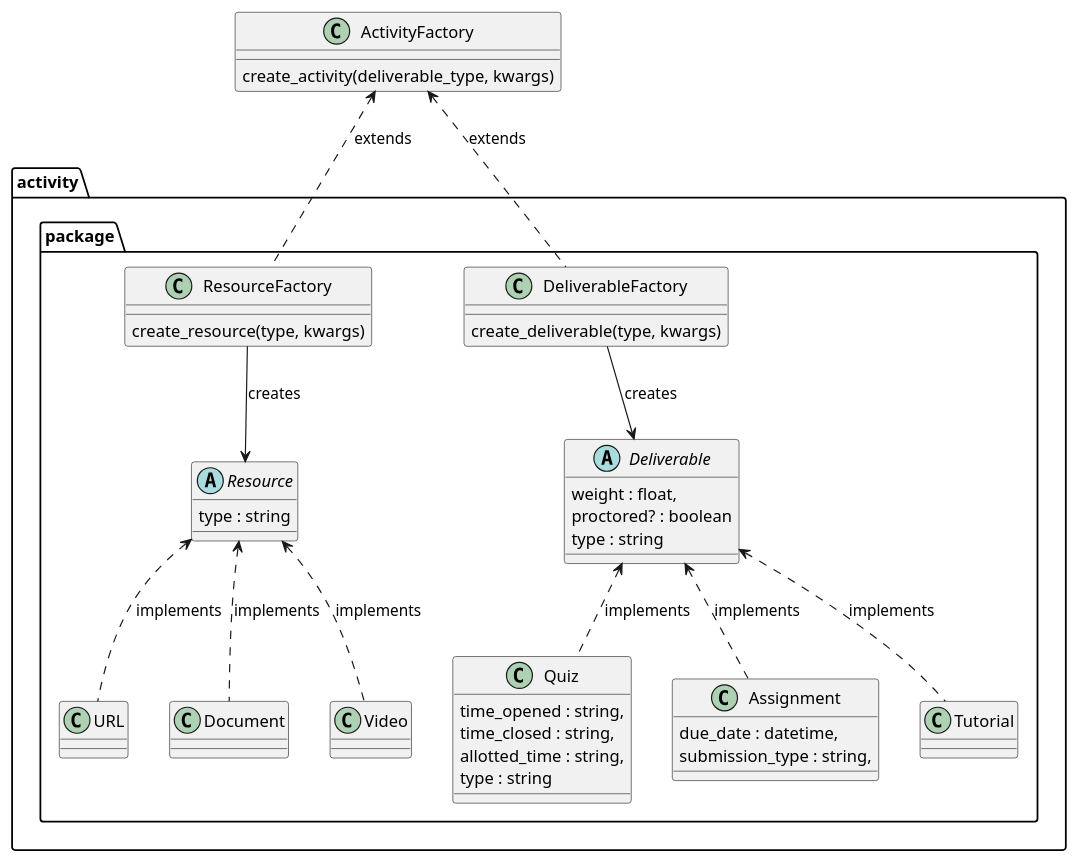
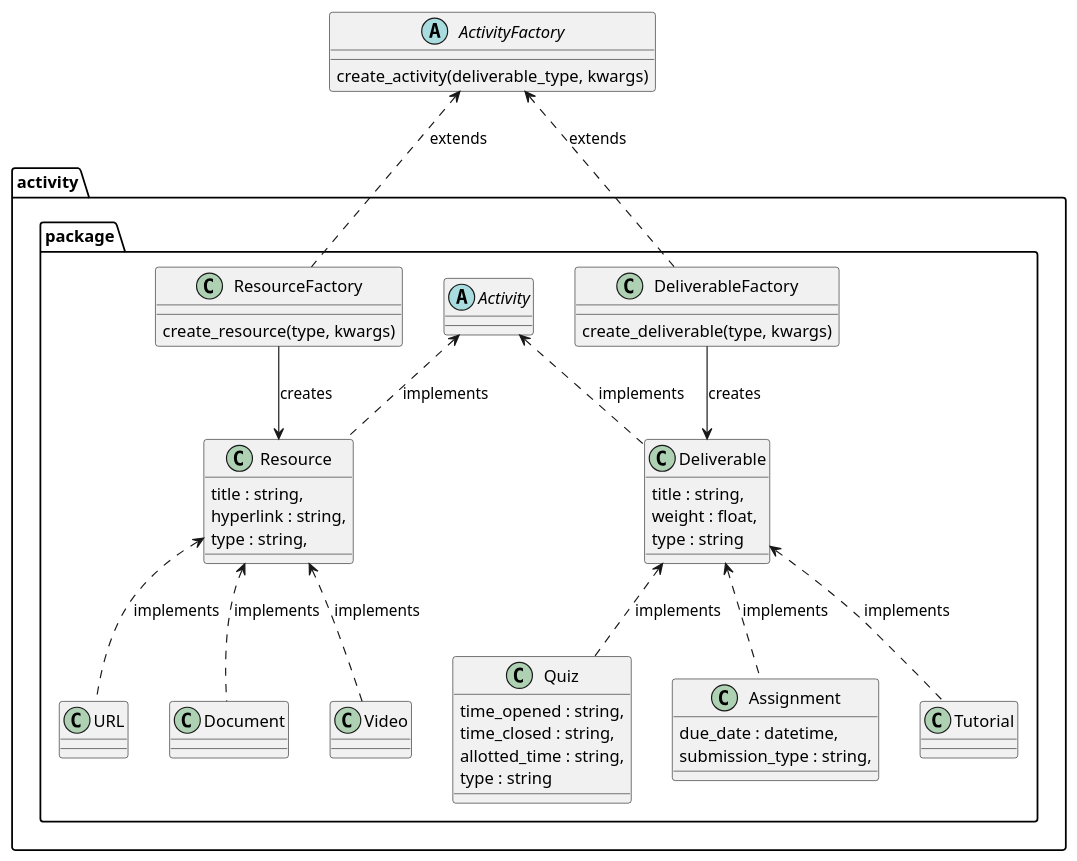
Before and after one commit to will-r-wang/CMSLearn-Course-Management-System: the diagram in docs/abstract_factory_diagram.puml, drawn with PlantUML. The commit also changed 5 other files, not shown here.

First line of the commit message:
[Design Pattern]: Prepare Abstract Factory Pattern

```diff
--- a/docs/abstract_factory_diagram.puml
+++ b/docs/abstract_factory_diagram.puml
@@ -1,52 +1,57 @@
 @startuml
 package activity.package {
   class ResourceFactory {
     create_resource(type, kwargs)
   }
 
   class DeliverableFactory {
     create_deliverable(type, kwargs)
   }
 
-  abstract class Resource {
-    type : string
+  class Resource {
+    title : string,
+    hyperlink : string,
+    type : string,
   }
 
+  abstract Activity
   ResourceFactory --> Resource: creates
   DeliverableFactory --> Deliverable: creates
+  Activity <.. Resource : "implements"
+  Activity <.. Deliverable : "implements"
 
   Resource <.. URL : "implements"
   Resource <.. Document : "implements"
   Resource <.. Video : "implements"
 
-  abstract class Deliverable {
+  class Deliverable {
+    title : string,
     weight : float,
-    proctored? : boolean
     type : string
   }
 
   class Quiz {
     time_opened : string,
     time_closed : string,
     allotted_time : string,
     type : string
   }
 
   class Assignment {
     due_date : datetime,
     submission_type : string,
   }
 
   Deliverable <.. Tutorial : "implements"
   Deliverable <.. Quiz : "implements"
   Deliverable <.. Assignment : "implements"
 }
 
-class ActivityFactory {
+abstract class ActivityFactory {
   create_activity(deliverable_type, kwargs)
 }
 
 ActivityFactory <.. ResourceFactory : extends
 ActivityFactory <.. DeliverableFactory : extends
 
 @enduml
```
